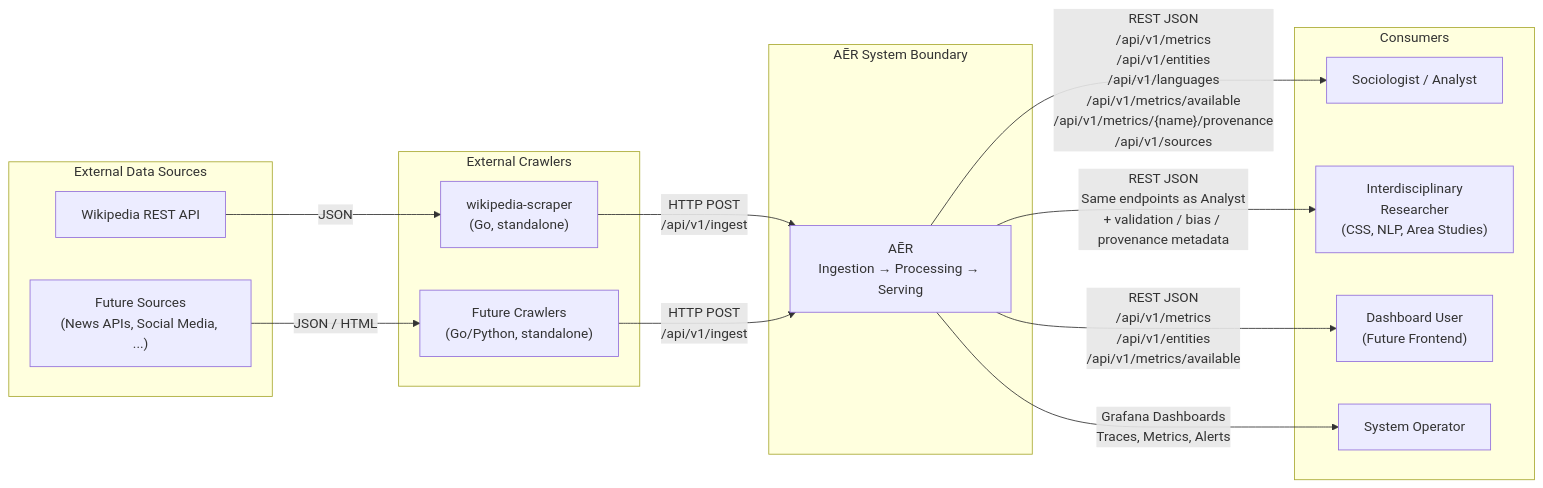
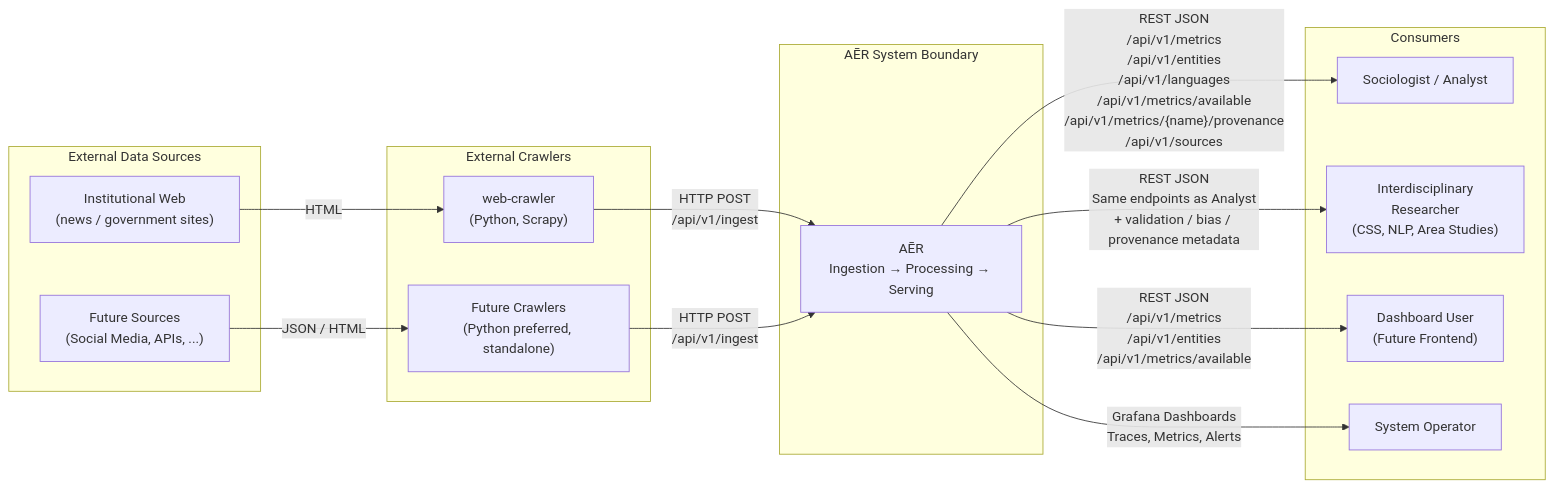
The first of 2 diagrams in docs/arc42/03_system_scope_and_context.md (frogfromlake/aer), drawn with Mermaid before and after one commit. The commit also changed other lines of this file and 33 other files, not shown here.

````diff
--- a/docs/arc42/03_system_scope_and_context.md
+++ b/docs/arc42/03_system_scope_and_context.md
@@ -9,32 +9,32 @@
 ```mermaid
 graph LR
     subgraph "External Data Sources"
-        WikiAPI["Wikipedia REST API"]
-        FutureSrc["Future Sources<br/>(News APIs, Social Media, ...)"]
+        WebSrc["Institutional Web<br/>(news / government sites)"]
+        FutureSrc["Future Sources<br/>(Social Media, APIs, ...)"]
     end
 
     subgraph "External Crawlers"
-        WikiCrawler["wikipedia-scraper<br/>(Go, standalone)"]
-        FutureCrawler["Future Crawlers<br/>(Go/Python, standalone)"]
+        WebCrawler["web-crawler<br/>(Python, Scrapy)"]
+        FutureCrawler["Future Crawlers<br/>(Python preferred, standalone)"]
     end
 
     subgraph "AĒR System Boundary"
         AER["AĒR<br/>Ingestion → Processing → Serving"]
     end
 
     subgraph "Consumers"
         Analyst["Sociologist / Analyst"]
         Researcher["Interdisciplinary<br/>Researcher<br/>(CSS, NLP, Area Studies)"]
         Dashboard["Dashboard User<br/>(Future Frontend)"]
         Operator["System Operator"]
     end
 
-    WikiAPI -->|"JSON"| WikiCrawler
+    WebSrc -->|"HTML"| WebCrawler
     FutureSrc -->|"JSON / HTML"| FutureCrawler
-    WikiCrawler -->|"HTTP POST<br/>/api/v1/ingest"| AER
+    WebCrawler -->|"HTTP POST<br/>/api/v1/ingest"| AER
     FutureCrawler -->|"HTTP POST<br/>/api/v1/ingest"| AER
     AER -->|"REST JSON<br/>/api/v1/metrics<br/>/api/v1/entities<br/>/api/v1/languages<br/>/api/v1/metrics/available<br/>/api/v1/metrics/{name}/provenance<br/>/api/v1/sources"| Analyst
     AER -->|"REST JSON<br/>Same endpoints as Analyst<br/>+ validation / bias / provenance metadata"| Researcher
     AER -->|"REST JSON<br/>/api/v1/metrics<br/>/api/v1/entities<br/>/api/v1/metrics/available"| Dashboard
     AER -->|"Grafana Dashboards<br/>Traces, Metrics, Alerts"| Operator
 ```
````
